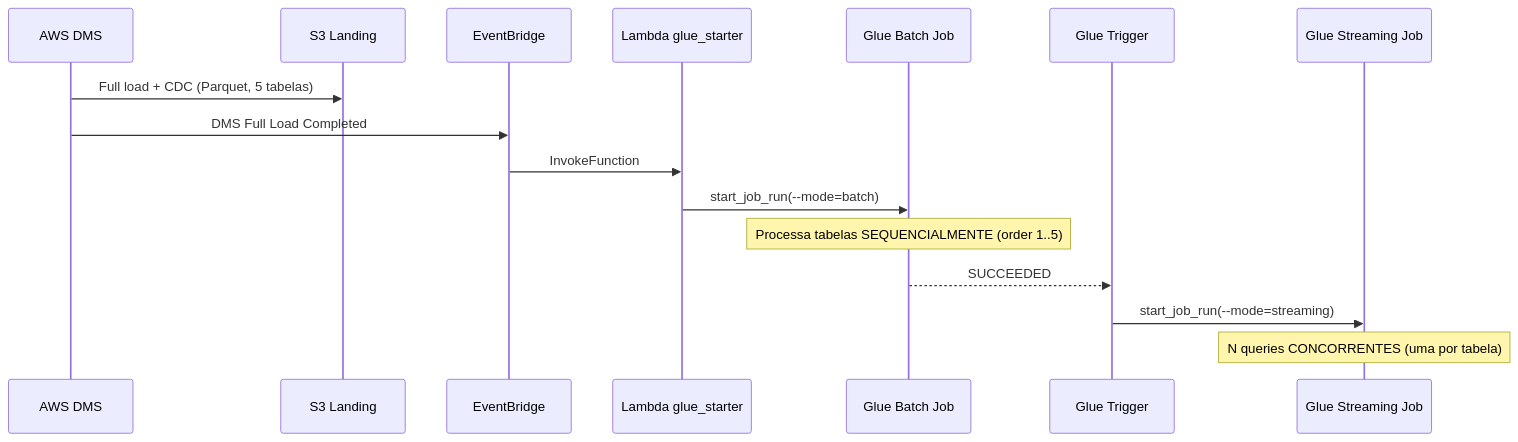
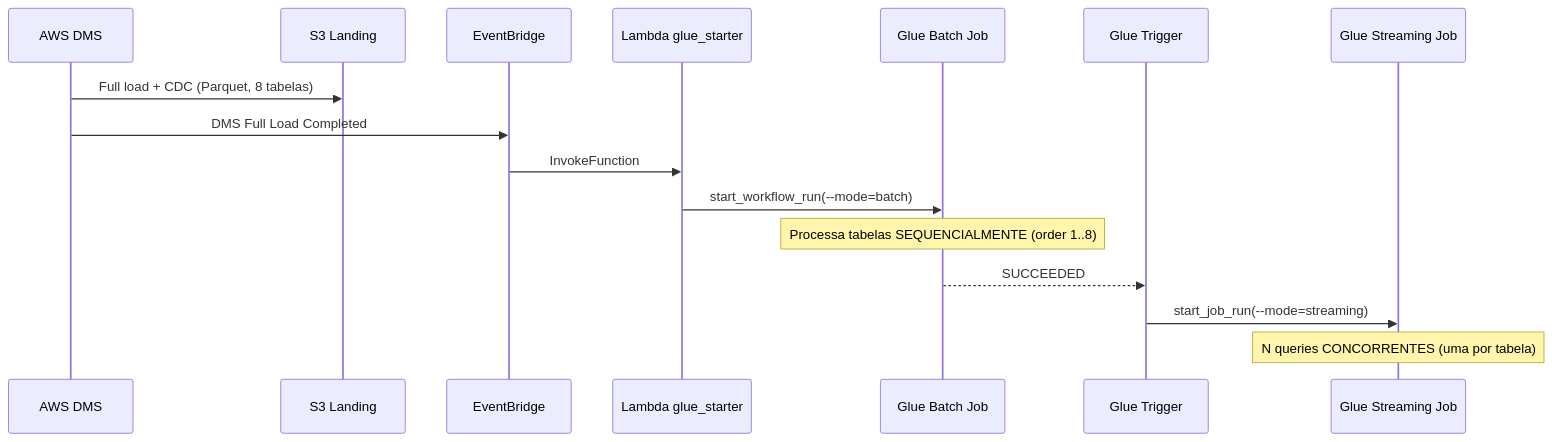
The third of 3 diagrams in docs-sdd/arquitetura.md (jamilvilela/aws-streaming-flight-radar-glue), drawn with Mermaid before and after one commit. The commit also changed other lines of this file and 27 other files, not shown here.

First line of the commit message:
Refactor Glue DMS CDC Pipeline Documentation and Scripts

````diff
--- a/docs-sdd/arquitetura.md
+++ b/docs-sdd/arquitetura.md
@@ -242,19 +243,19 @@
 ```mermaid
 sequenceDiagram
     participant DMS as AWS DMS
     participant LAND as S3 Landing
     participant EB as EventBridge
     participant LAMBDA as Lambda glue_starter
     participant BATCH as Glue Batch Job
     participant TRIG as Glue Trigger
     participant STREAM as Glue Streaming Job
 
-    DMS->>LAND: Full load + CDC (Parquet, 5 tabelas)
+    DMS->>LAND: Full load + CDC (Parquet, 8 tabelas)
     DMS->>EB: DMS Full Load Completed
     EB->>LAMBDA: InvokeFunction
-    LAMBDA->>BATCH: start_job_run(--mode=batch)
-    Note over BATCH: Processa tabelas SEQUENCIALMENTE (order 1..5)
+    LAMBDA->>BATCH: start_workflow_run(--mode=batch)
+    Note over BATCH: Processa tabelas SEQUENCIALMENTE (order 1..8)
     BATCH-->>TRIG: SUCCEEDED
     TRIG->>STREAM: start_job_run(--mode=streaming)
     Note over STREAM: N queries CONCORRENTES (uma por tabela)
 ```
````
